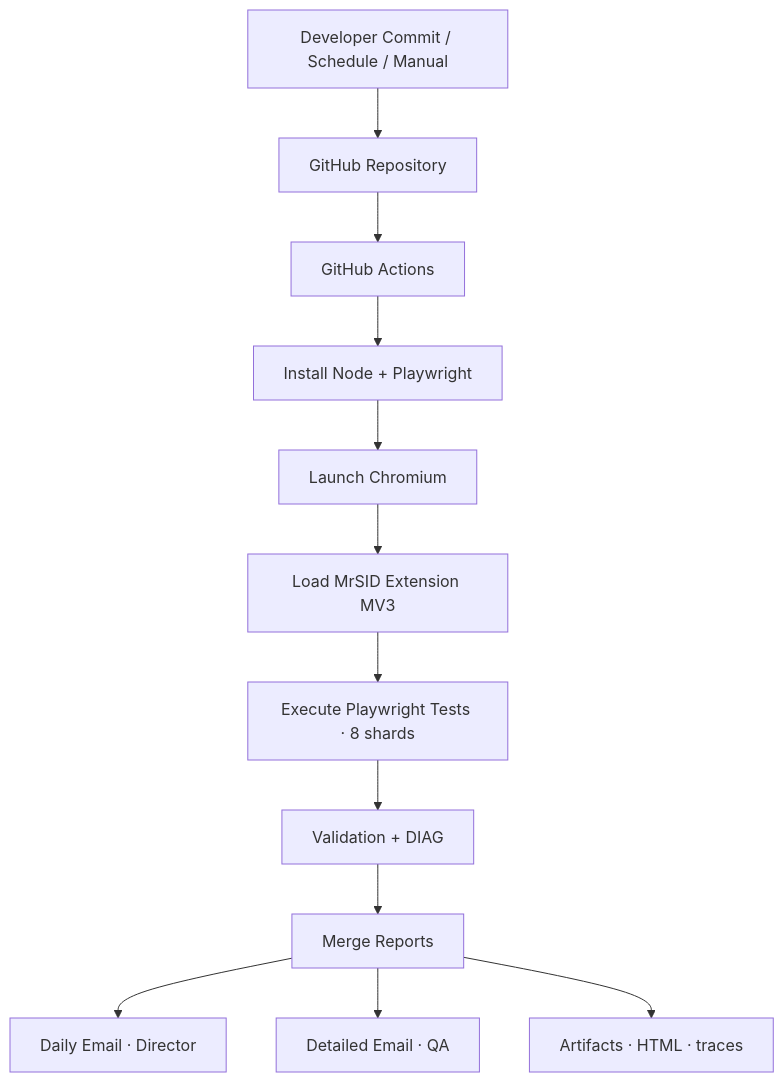
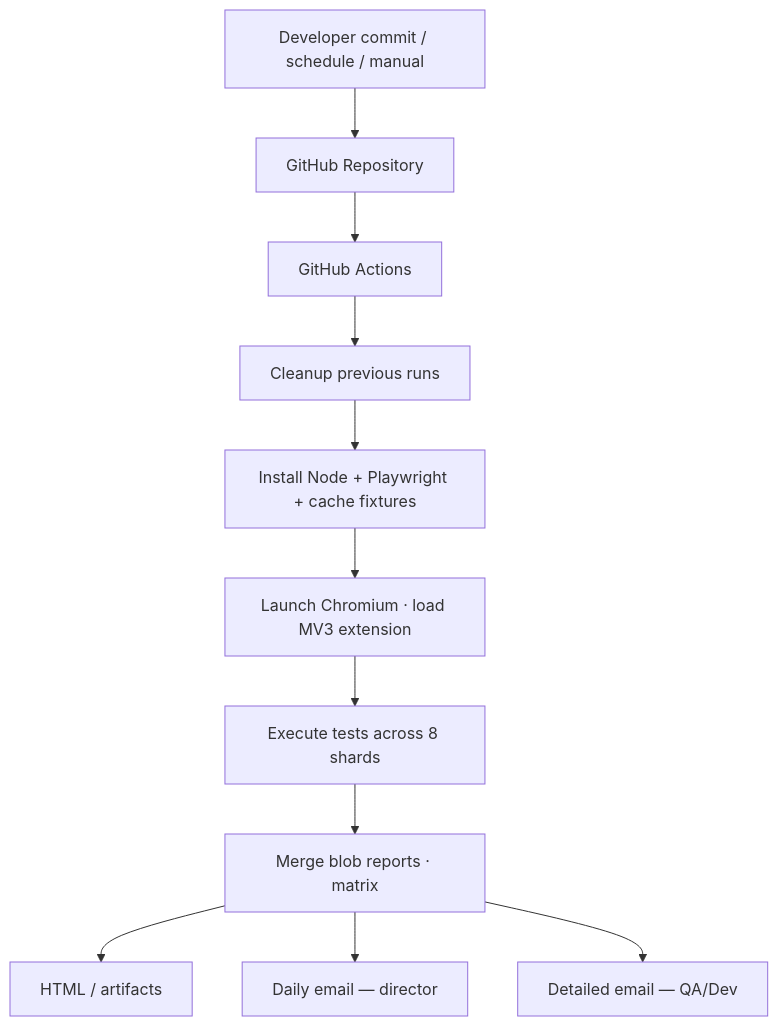
Before and after one commit to GeoWGS84-Testing/Mrsid-Extension: the first of 38 diagrams in README.md, drawn with Mermaid. The commit also changed other lines of this file, not shown here.

````diff
--- a/README.md
+++ b/README.md
@@ -110,14 +108,13 @@
 ```mermaid
 flowchart TD
-  A[Developer Commit / Schedule / Manual] --> B[GitHub Repository]
+  A[Developer commit / schedule / manual] --> B[GitHub Repository]
   B --> C[GitHub Actions]
-  C --> D[Install Node + Playwright]
-  D --> E[Launch Chromium]
-  E --> F[Load MrSID Extension MV3]
-  F --> G[Execute Playwright Tests · 8 shards]
-  G --> H[Validation + DIAG]
-  H --> I[Merge Reports]
-  I --> J[Daily Email · Director]
-  I --> K[Detailed Email · QA]
-  I --> L[Artifacts · HTML · traces]
+  C --> D[Cleanup previous runs]
+  D --> E[Install Node + Playwright + cache fixtures]
+  E --> F[Launch Chromium · load MV3 extension]
+  F --> G[Execute tests across 8 shards]
+  G --> H[Merge blob reports · matrix]
+  H --> I[HTML / artifacts]
+  H --> J[Daily email — director]
+  H --> K[Detailed email — QA/Dev]
 ```
````
